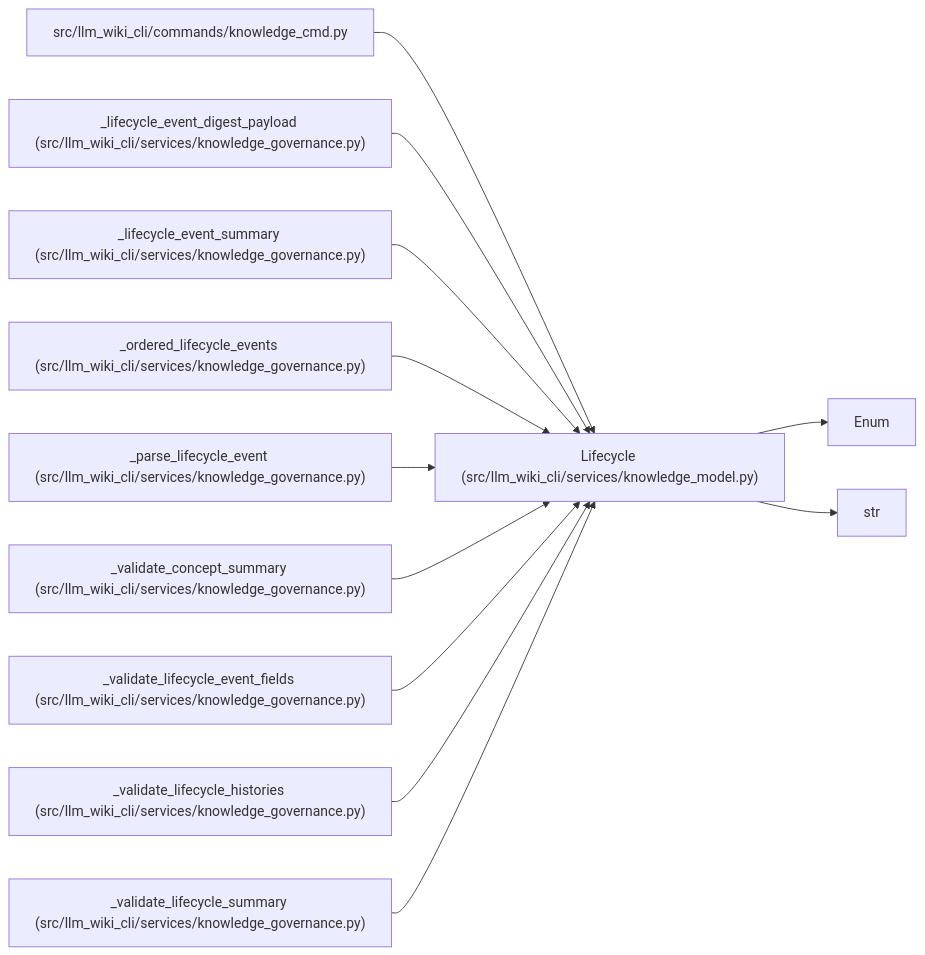
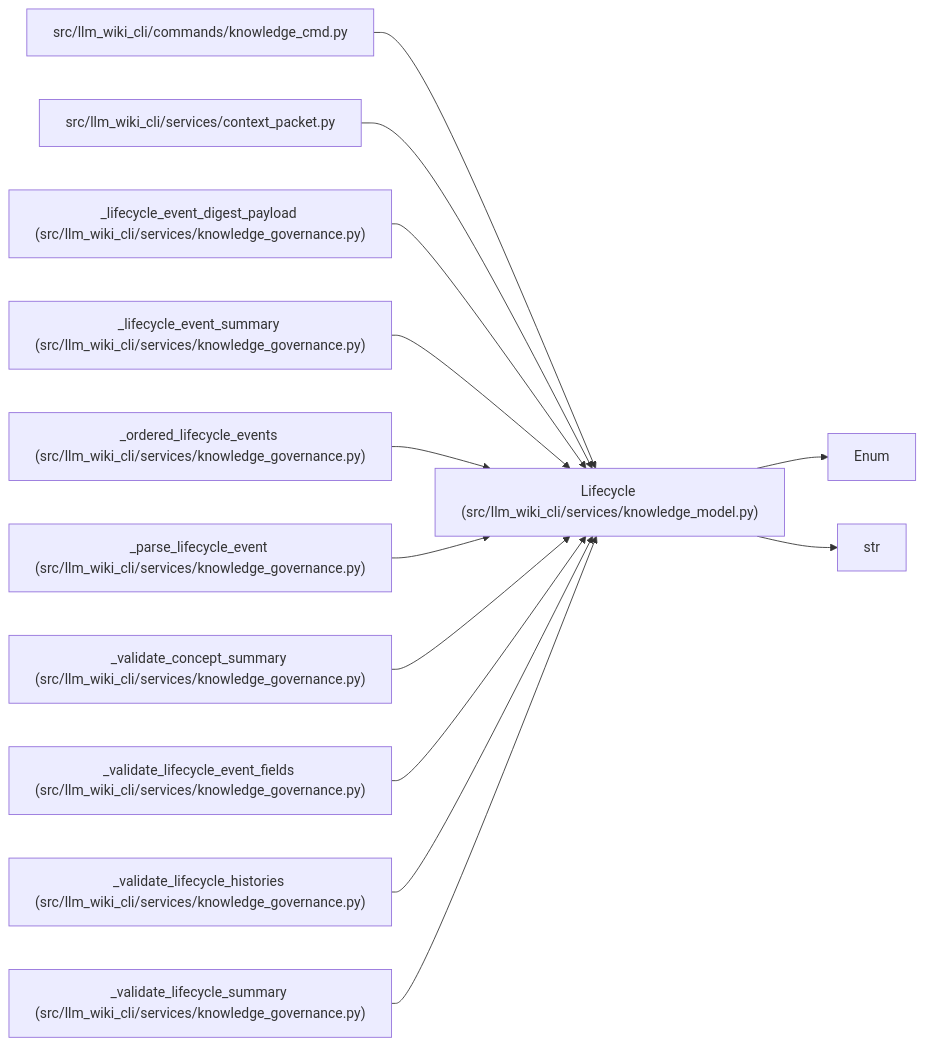
Before and after one commit to Denissvgn/python-wiki-llm: the diagram in docs/llm_wiki/entities/Lifecycle.md, drawn with Mermaid. The commit also changed other lines of this file and 364 other files, not shown here.

````diff
--- a/docs/llm_wiki/entities/Lifecycle.md
+++ b/docs/llm_wiki/entities/Lifecycle.md
@@ -29,36 +29,39 @@
 ```mermaid
 flowchart LR
     n0["Lifecycle (src/llm_wiki_cli/services/knowledge_model.py)"]
     n1["Enum"]
     n2["str"]
     n3["src/llm_wiki_cli/commands/knowledge_cmd.py"]
-    n4["_lifecycle_event_digest_payload (src/llm_wiki_cli/services/knowledge_governance.py)"]
-    n5["_lifecycle_event_summary (src/llm_wiki_cli/services/knowledge_governance.py)"]
-    n6["_ordered_lifecycle_events (src/llm_wiki_cli/services/knowledge_governance.py)"]
-    n7["_parse_lifecycle_event (src/llm_wiki_cli/services/knowledge_governance.py)"]
-    n8["_validate_concept_summary (src/llm_wiki_cli/services/knowledge_governance.py)"]
-    n9["_validate_lifecycle_event_fields (src/llm_wiki_cli/services/knowledge_governance.py)"]
-    n10["_validate_lifecycle_histories (src/llm_wiki_cli/services/knowledge_governance.py)"]
-    n11["_validate_lifecycle_summary (src/llm_wiki_cli/services/knowledge_governance.py)"]
+    n4["src/llm_wiki_cli/services/context_packet.py"]
+    n5["_lifecycle_event_digest_payload (src/llm_wiki_cli/services/knowledge_governance.py)"]
+    n6["_lifecycle_event_summary (src/llm_wiki_cli/services/knowledge_governance.py)"]
+    n7["_ordered_lifecycle_events (src/llm_wiki_cli/services/knowledge_governance.py)"]
+    n8["_parse_lifecycle_event (src/llm_wiki_cli/services/knowledge_governance.py)"]
+    n9["_validate_concept_summary (src/llm_wiki_cli/services/knowledge_governance.py)"]
+    n10["_validate_lifecycle_event_fields (src/llm_wiki_cli/services/knowledge_governance.py)"]
+    n11["_validate_lifecycle_histories (src/llm_wiki_cli/services/knowledge_governance.py)"]
+    n12["_validate_lifecycle_summary (src/llm_wiki_cli/services/knowledge_governance.py)"]
     n0 --> n1
     n0 --> n2
     n3 --> n0
     n4 --> n0
     n5 --> n0
     n6 --> n0
     n7 --> n0
     n8 --> n0
     n9 --> n0
     n10 --> n0
     n11 --> n0
+    n12 --> n0
     click n0 "../modules/knowledge_model.md"
     click n3 "../modules/knowledge_cmd.md"
-    click n4 "../modules/knowledge_governance.md"
+    click n4 "../modules/context_packet.md"
     click n5 "../modules/knowledge_governance.md"
     click n6 "../modules/knowledge_governance.md"
     click n7 "../modules/knowledge_governance.md"
     click n8 "../modules/knowledge_governance.md"
     click n9 "../modules/knowledge_governance.md"
     click n10 "../modules/knowledge_governance.md"
     click n11 "../modules/knowledge_governance.md"
+    click n12 "../modules/knowledge_governance.md"
 ```
````
